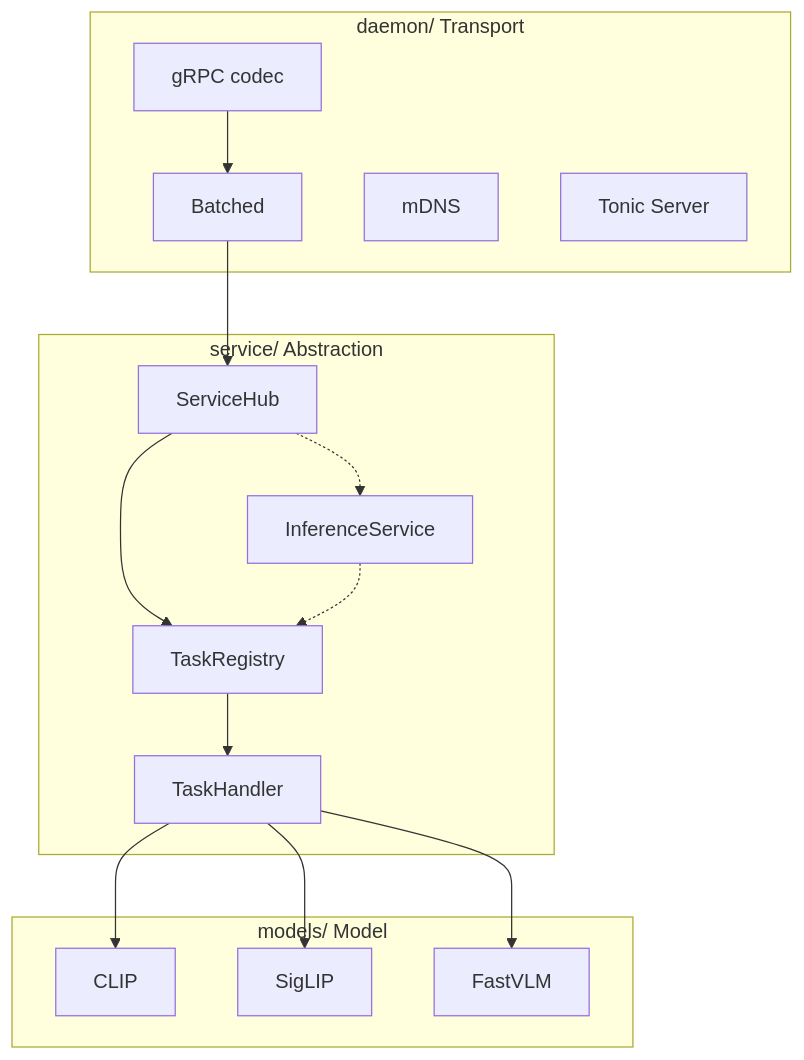
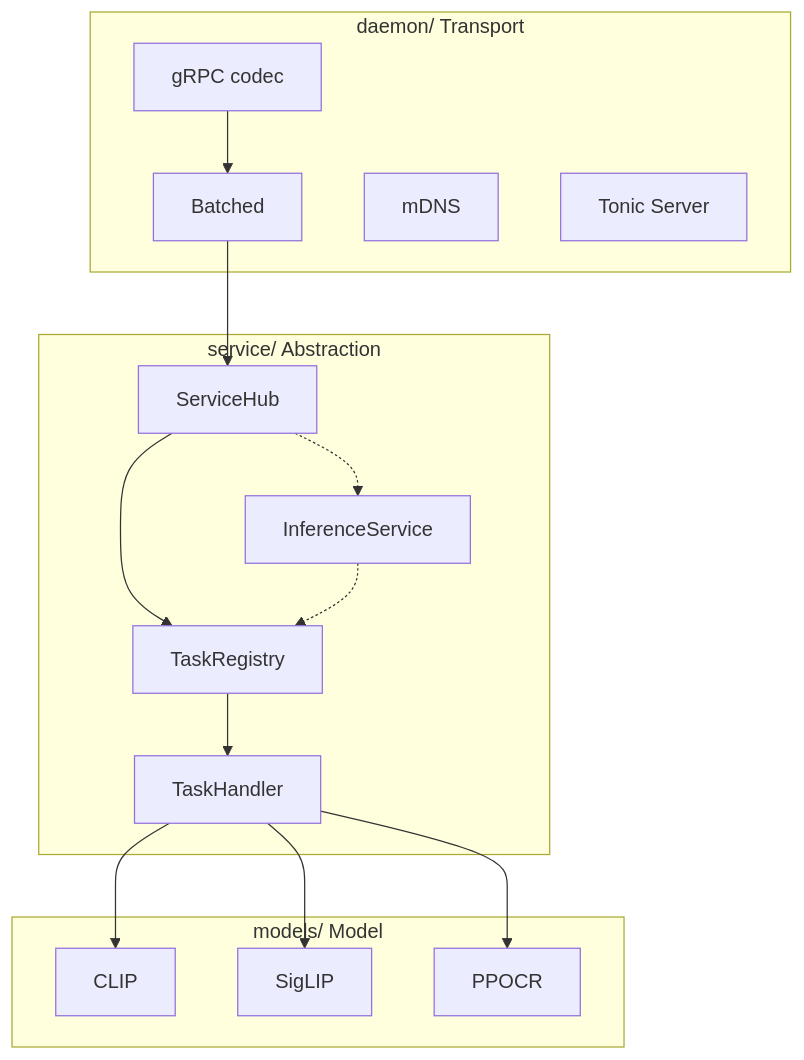
One commit to EdwinZhanCN/Lumen-Hub changed the diagram in docs/docs/architecture/overview.md. Above: the diagram before and after it, drawn with Mermaid. The commit also changed 32 other files, not shown here.

````diff
--- a/docs/docs/architecture/overview.md
+++ b/docs/docs/architecture/overview.md
@@ -11,32 +11,32 @@
 ```mermaid
 graph TD
     subgraph daemon["daemon/ Transport"]
         gRPC[gRPC codec]
         Batcher[Batched]
         mDNS[mDNS]
         Server[Tonic Server]
     end
 
     subgraph service["service/ Abstraction"]
         Hub[ServiceHub]
         Registry[TaskRegistry]
         ISvc[InferenceService]
         TH[TaskHandler]
     end
 
     subgraph models["models/ Model"]
         CLIP[CLIP]
         SigLIP[SigLIP]
-        FastVLM[FastVLM]
+        PPOCR[PPOCR]
     end
 
     gRPC --> Batcher
     Batcher --> Hub
     Hub --> Registry
     Registry --> TH
     TH --> CLIP
     TH --> SigLIP
-    TH --> FastVLM
+    TH --> PPOCR
     Hub -.-> ISvc
     ISvc -.-> Registry
 ```
````
